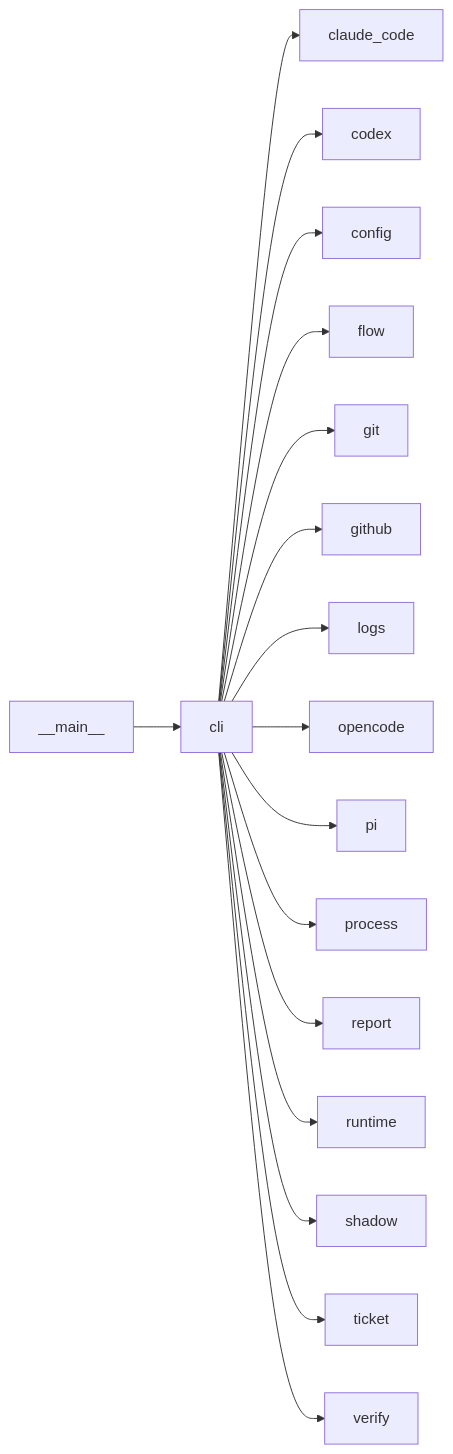
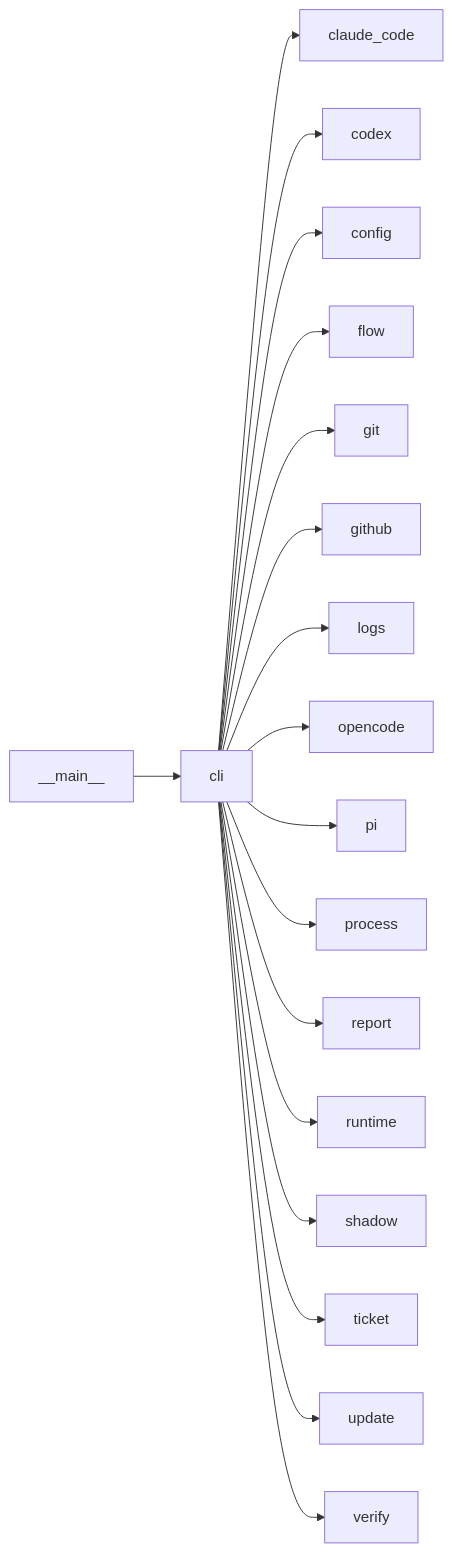
Before and after one commit to plaplanche/ariane: the third of 3 diagrams in docs/architecture/modules/cli.md, drawn with Mermaid. The commit also changed other lines of this file and 33 other files, not shown here.

````diff
--- a/docs/architecture/modules/cli.md
+++ b/docs/architecture/modules/cli.md
@@ -84,19 +87,20 @@
 ```mermaid
 flowchart LR
   __main__ --> cli
   cli --> claude_code
   cli --> codex
   cli --> config
   cli --> flow
   cli --> git
   cli --> github
   cli --> logs
   cli --> opencode
   cli --> pi
   cli --> process
   cli --> report
   cli --> runtime
   cli --> shadow
   cli --> ticket
+  cli --> update
   cli --> verify
 ```
````
